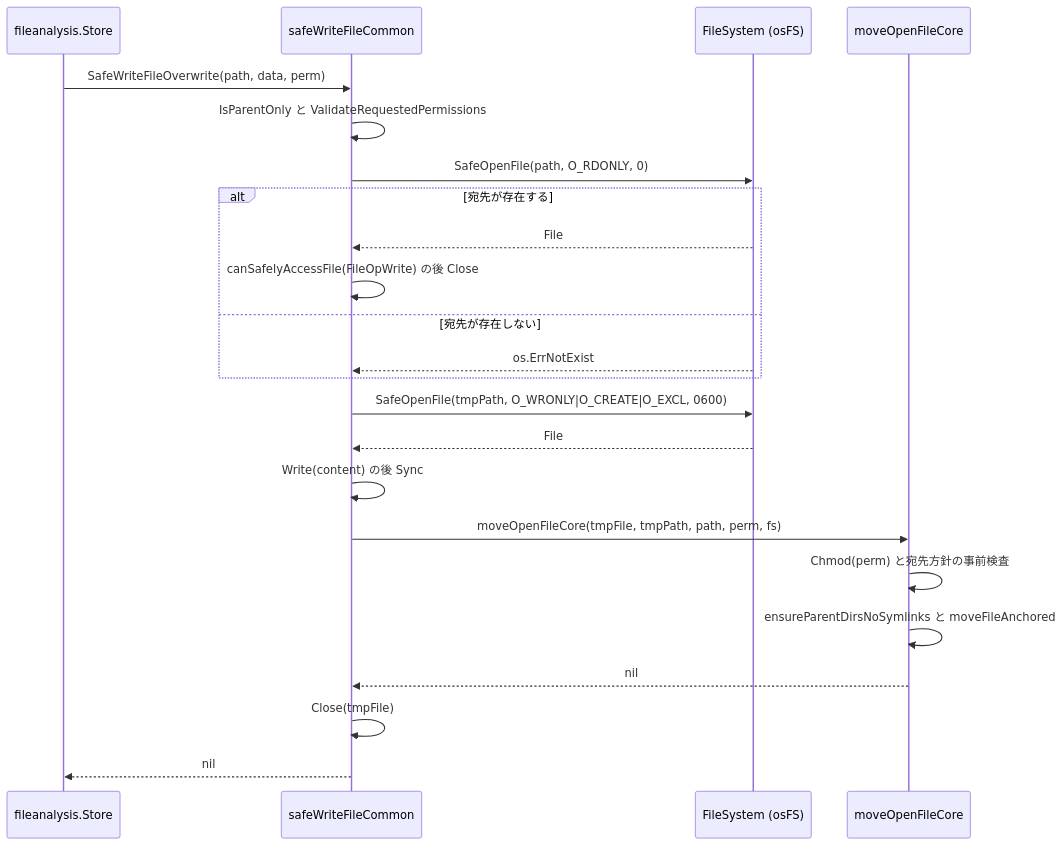
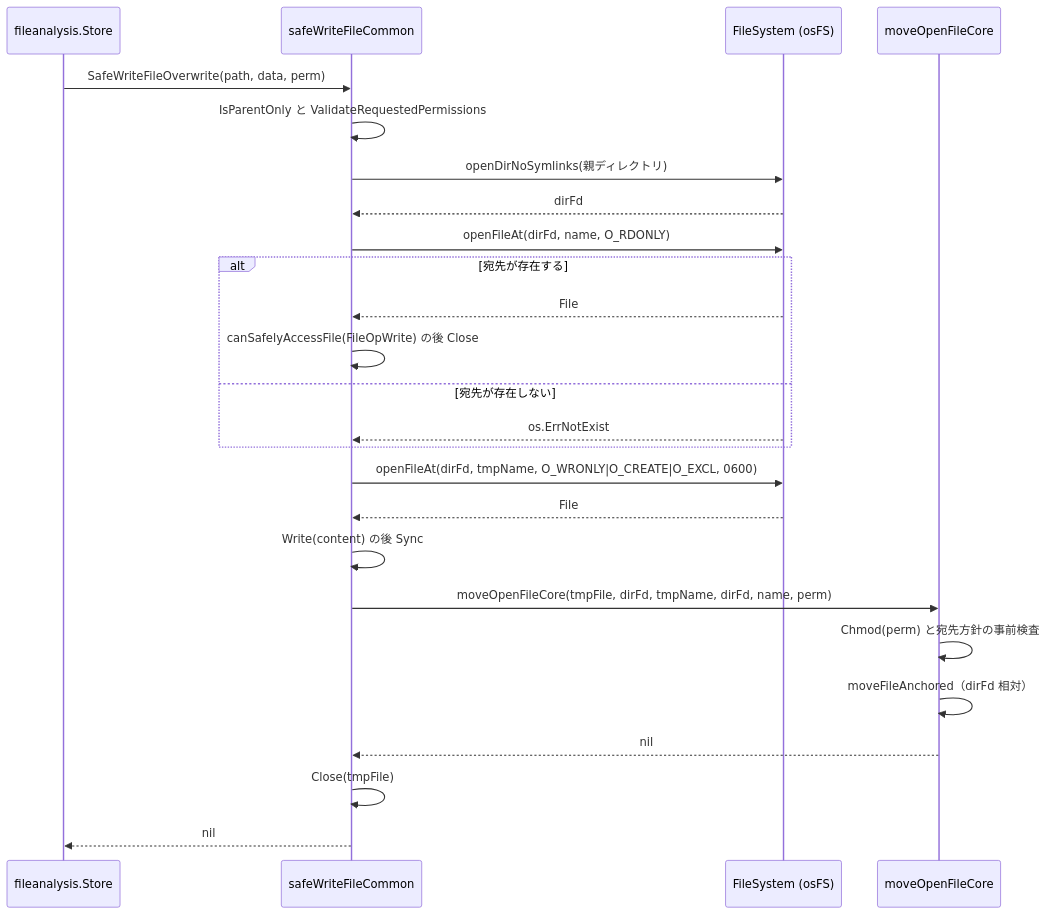
Before and after one commit to isseis/go-safe-cmd-runner: the fifth of 12 diagrams in docs/tasks/0167_safefileio_b1_remaining/02_architecture.md, drawn with Mermaid. The commit also changed other lines of this file and 1 other file, not shown here.

````diff
--- a/docs/tasks/0167_safefileio_b1_remaining/02_architecture.md
+++ b/docs/tasks/0167_safefileio_b1_remaining/02_architecture.md
@@ -204,26 +204,28 @@
 ```mermaid
 sequenceDiagram
     participant Caller as fileanalysis.Store
     participant W as safeWriteFileCommon
     participant FS as FileSystem (osFS)
     participant Move as moveOpenFileCore
 
     Caller->>W: SafeWriteFileOverwrite(path, data, perm)
     W->>W: IsParentOnly と ValidateRequestedPermissions
-    W->>FS: SafeOpenFile(path, O_RDONLY, 0)
+    W->>FS: openDirNoSymlinks(親ディレクトリ)
+    FS-->>W: dirFd
+    W->>FS: openFileAt(dirFd, name, O_RDONLY)
     alt 宛先が存在する
         FS-->>W: File
         W->>W: canSafelyAccessFile(FileOpWrite) の後 Close
     else 宛先が存在しない
         FS-->>W: os.ErrNotExist
     end
-    W->>FS: SafeOpenFile(tmpPath, O_WRONLY|O_CREATE|O_EXCL, 0600)
+    W->>FS: openFileAt(dirFd, tmpName, O_WRONLY|O_CREATE|O_EXCL, 0600)
     FS-->>W: File
     W->>W: Write(content) の後 Sync
-    W->>Move: moveOpenFileCore(tmpFile, tmpPath, path, perm, fs)
+    W->>Move: moveOpenFileCore(tmpFile, dirFd, tmpName, dirFd, name, perm)
     Move->>Move: Chmod(perm) と宛先方針の事前検査
-    Move->>Move: ensureParentDirsNoSymlinks と moveFileAnchored
+    Move->>Move: moveFileAnchored（dirFd 相対）
     Move-->>W: nil
     W->>W: Close(tmpFile)
     W-->>Caller: nil
 ```
````
